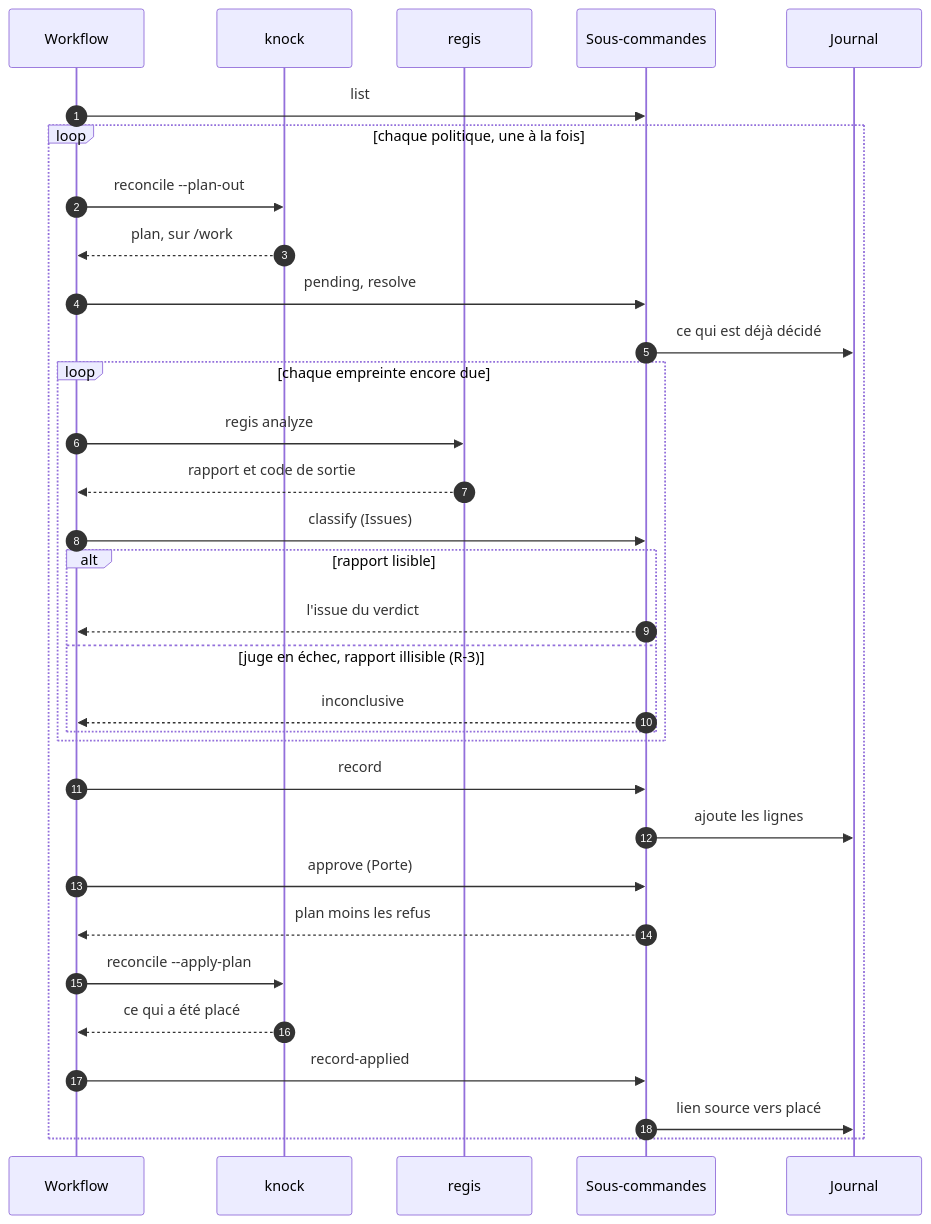
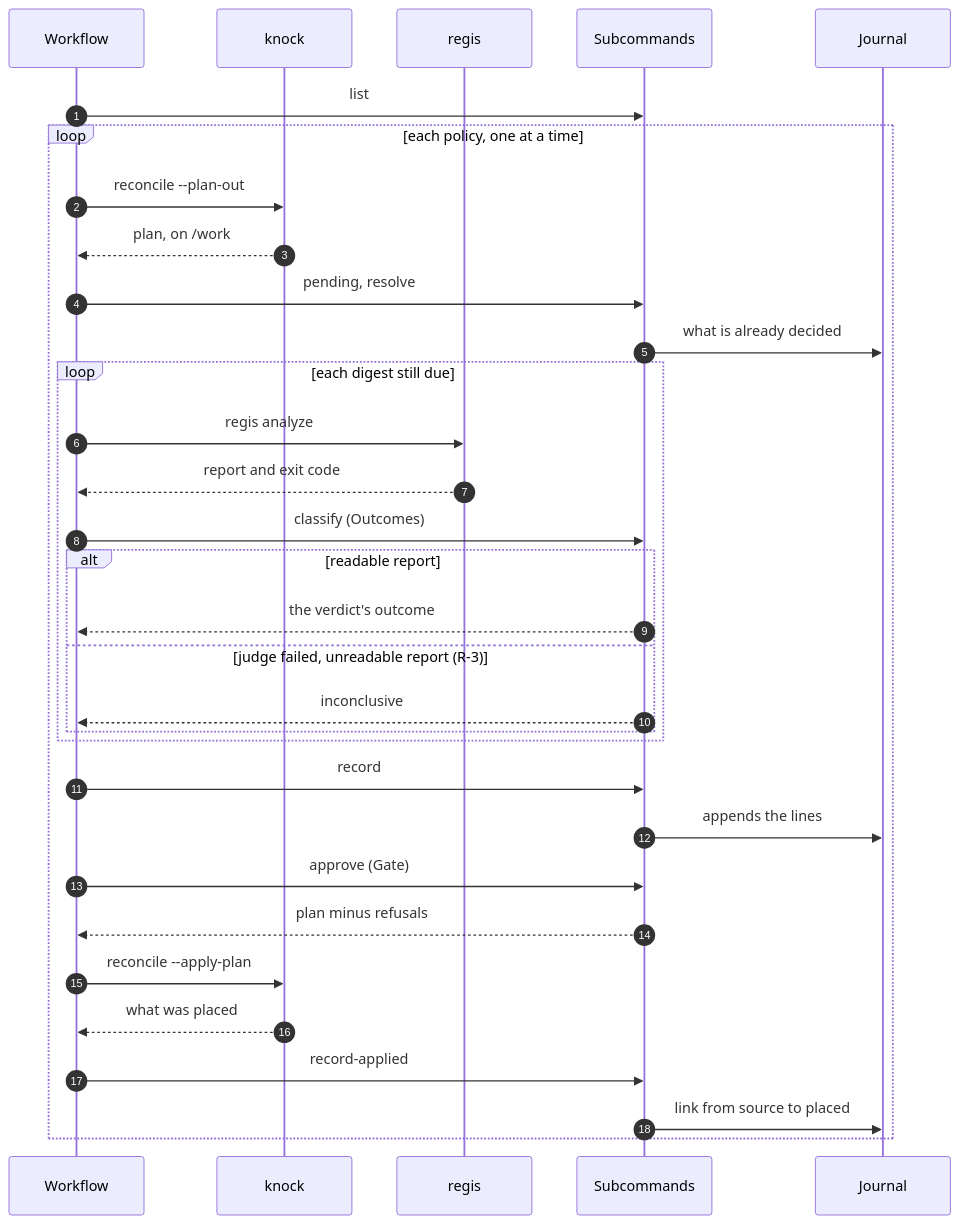
One commit to trivoallan/uske changed the third of 5 diagrams in docs/architecture/arc42.md. Above: the diagram before and after it, drawn with Mermaid. The commit also changed other lines of this file and 17 other files, not shown here.

````diff
--- a/docs/architecture/arc42.md
+++ b/docs/architecture/arc42.md
@@ -313,34 +309,34 @@
 ```mermaid
 sequenceDiagram
   autonumber
   participant W as Workflow
   participant K as knock
   participant R as regis
-  participant S as Sous-commandes
+  participant S as Subcommands
   participant J as Journal
   W->>S: list
-  loop chaque politique, une à la fois
+  loop each policy, one at a time
     W->>K: reconcile --plan-out
-    K-->>W: plan, sur /work
+    K-->>W: plan, on /work
     W->>S: pending, resolve
-    S->>J: ce qui est déjà décidé
-    loop chaque empreinte encore due
+    S->>J: what is already decided
+    loop each digest still due
       W->>R: regis analyze
-      R-->>W: rapport et code de sortie
-      W->>S: classify (Issues)
-      alt rapport lisible
-        S-->>W: l'issue du verdict
-      else juge en échec, rapport illisible (R-3)
+      R-->>W: report and exit code
+      W->>S: classify (Outcomes)
+      alt readable report
+        S-->>W: the verdict's outcome
+      else judge failed, unreadable report (R-3)
         S-->>W: inconclusive
       end
     end
     W->>S: record
-    S->>J: ajoute les lignes
-    W->>S: approve (Porte)
-    S-->>W: plan moins les refus
+    S->>J: appends the lines
+    W->>S: approve (Gate)
+    S-->>W: plan minus refusals
     W->>K: reconcile --apply-plan
-    K-->>W: ce qui a été placé
+    K-->>W: what was placed
     W->>S: record-applied
-    S->>J: lien source vers placé
+    S->>J: link from source to placed
   end
 ```
````
